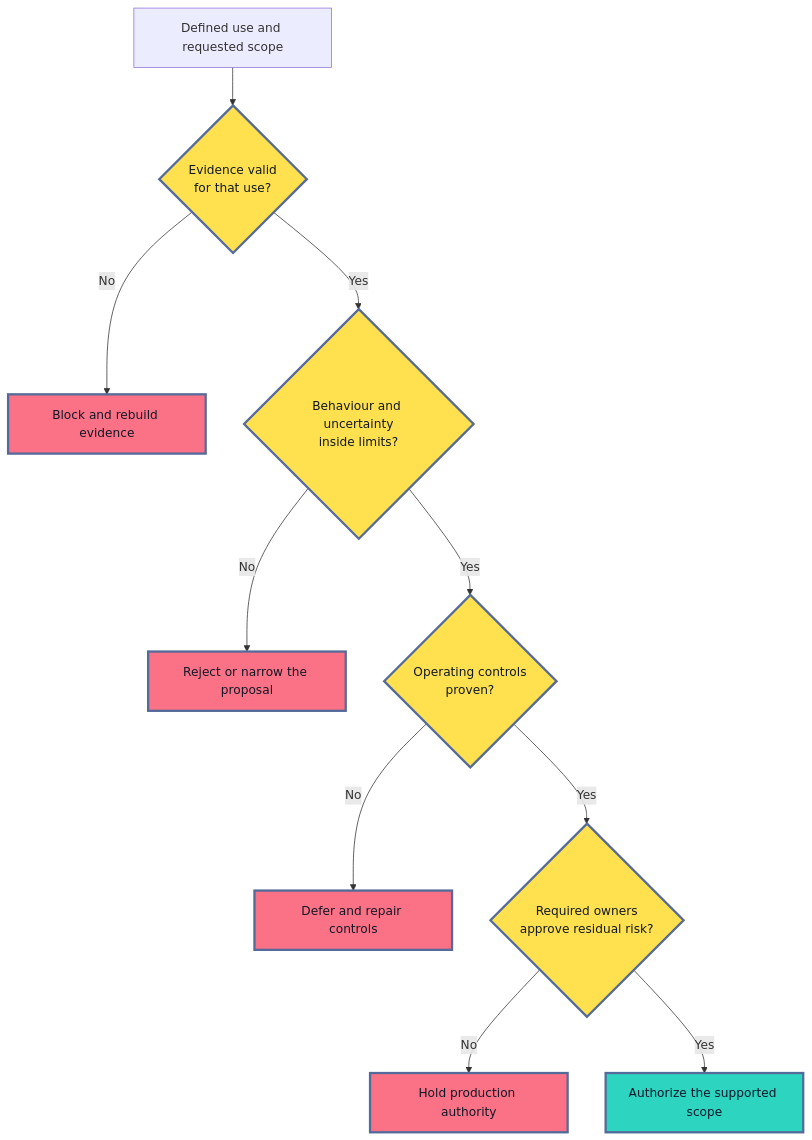
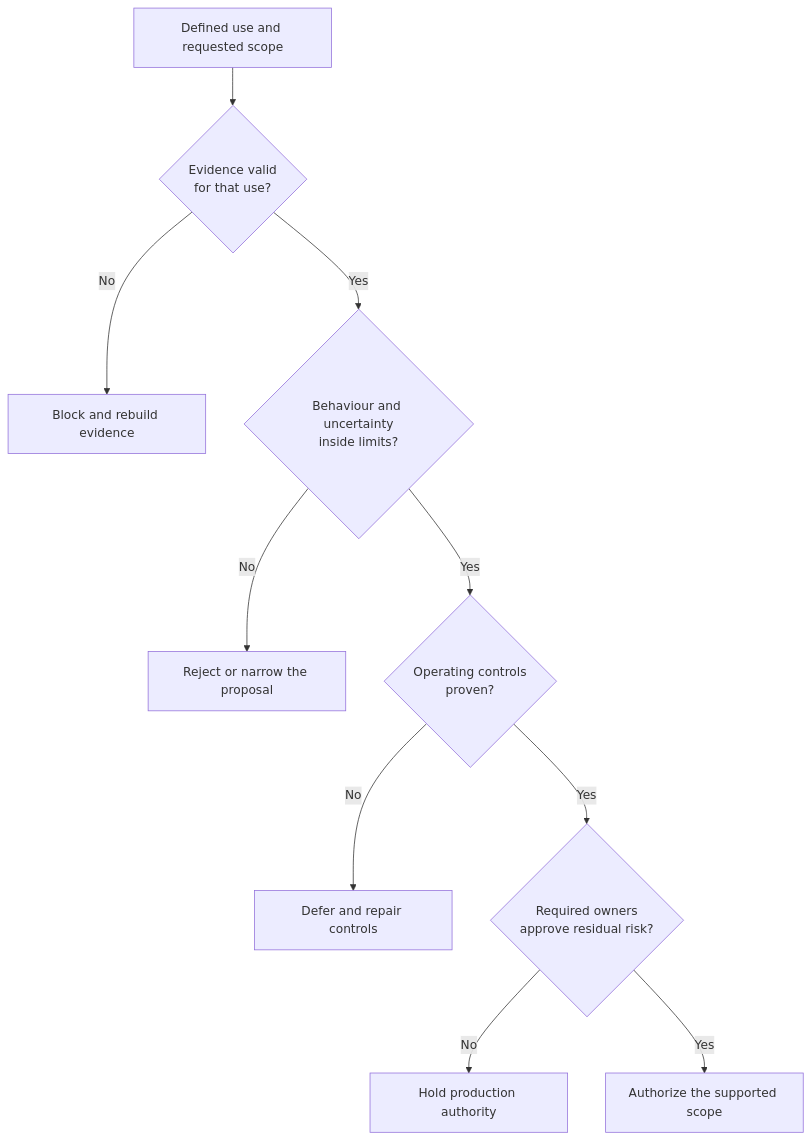
Before and after one commit to senlinyy/dev-roadmaps: the first of 3 diagrams in roadmaps/mlops/modules/model-evaluation/release-decisions/03-when-not-to-ship-a-model.md, drawn with Mermaid. The commit also changed other lines of this file and 152 other files, not shown here.

Commit message:
feat: mlops and diagrams updated

````diff
--- a/roadmaps/mlops/modules/model-evaluation/release-decisions/03-when-not-to-ship-a-model.md
+++ b/roadmaps/mlops/modules/model-evaluation/release-decisions/03-when-not-to-ship-a-model.md
@@ -43,19 +43,16 @@
 ```mermaid
 flowchart TD
     U["Defined use and requested scope"] --> E{"Evidence valid<br/>for that use?"}
     E -- "No" --> B1["Block and rebuild evidence"]
     E -- "Yes" --> Q{"Behaviour and uncertainty<br/>inside limits?"}
     Q -- "No" --> B2["Reject or narrow the proposal"]
     Q -- "Yes" --> O{"Operating controls<br/>proven?"}
     O -- "No" --> B3["Defer and repair controls"]
     O -- "Yes" --> A{"Required owners<br/>approve residual risk?"}
     A -- "No" --> B4["Hold production authority"]
     A -- "Yes" --> R["Authorize the supported scope"]
 
-    classDef question fill:#FFE04F,stroke:#536A9A,stroke-width:3px,color:#111827
-    classDef block fill:#FB7185,stroke:#536A9A,stroke-width:3px,color:#111827
-    classDef release fill:#2DD4BF,stroke:#536A9A,stroke-width:3px,color:#0F172A
     class E,Q,O,A question
     class B1,B2,B3,B4 block
     class R release
 ```
````
